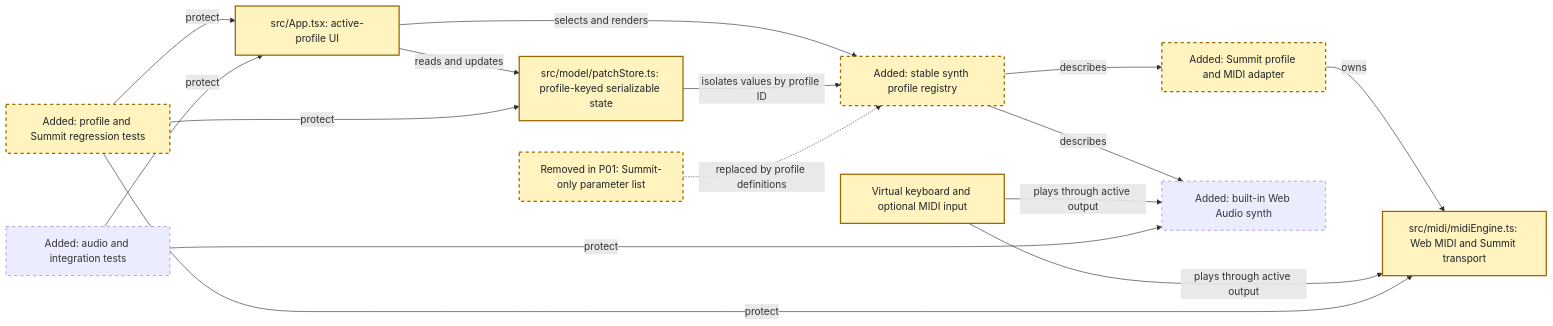
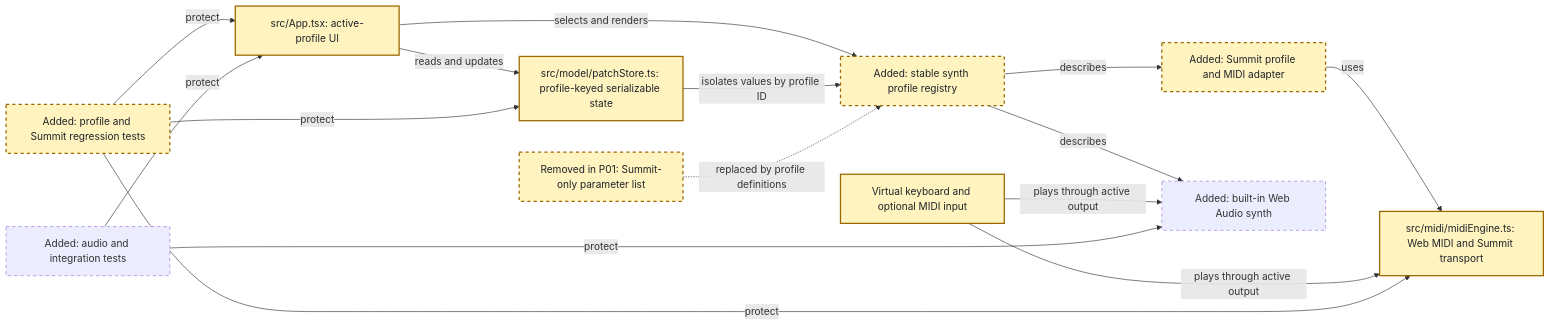
Before and after one commit to dkirby-ms/summit-editor: the third of 4 diagrams in .copilot-tracking/plans/2026-10-09/multi-synth-patch-lab-plan.md, drawn with Mermaid. The commit also changed other lines of this file and 22 other files, not shown here.

````diff
--- a/.copilot-tracking/plans/2026-10-09/multi-synth-patch-lab-plan.md
+++ b/.copilot-tracking/plans/2026-10-09/multi-synth-patch-lab-plan.md
@@ -86,34 +86,34 @@
 ```mermaid
 %%{init: {"themeVariables": {"fontFamily": "Arial, Helvetica, sans-serif", "fontSize": "16px"}}}%%
 flowchart LR
     app["src/App.tsx: active-profile UI"]
     profile["Added: stable synth profile registry"]
     store["src/model/patchStore.ts: profile-keyed serializable state"]
     summit["Added: Summit profile and MIDI adapter"]
     midi["src/midi/midiEngine.ts: Web MIDI and Summit transport"]
     audio["Added: built-in Web Audio synth"]
     keyboard["Virtual keyboard and optional MIDI input"]
     profileTests["Added: profile and Summit regression tests"]
     audioTests["Added: audio and integration tests"]
     app -->|selects and renders| profile
     app -->|reads and updates| store
     profile -->|describes| summit
     profile -->|describes| audio
-    summit -->|owns| midi
+    summit -->|uses| midi
     store -->|isolates values by profile ID| profile
     keyboard -->|plays through active output| midi
     keyboard -->|plays through active output| audio
     profileTests -->|protect| app
     profileTests -->|protect| store
     profileTests -->|protect| midi
     audioTests -->|protect| audio
     audioTests -->|protect| app
     classDef new stroke-dasharray: 5 5
     class profile,summit,audio,profileTests,audioTests new
     classDef phase fill:#fff3bf,color:#1f2328,stroke:#9a6700,stroke-width:2px
     params["Removed in P01: Summit-only parameter list"]
     params -.->|replaced by profile definitions| profile
     classDef removed stroke-dasharray: 5 5
     class params removed
     class app,profile,store,summit,midi,keyboard,profileTests,params phase
 ```
````
